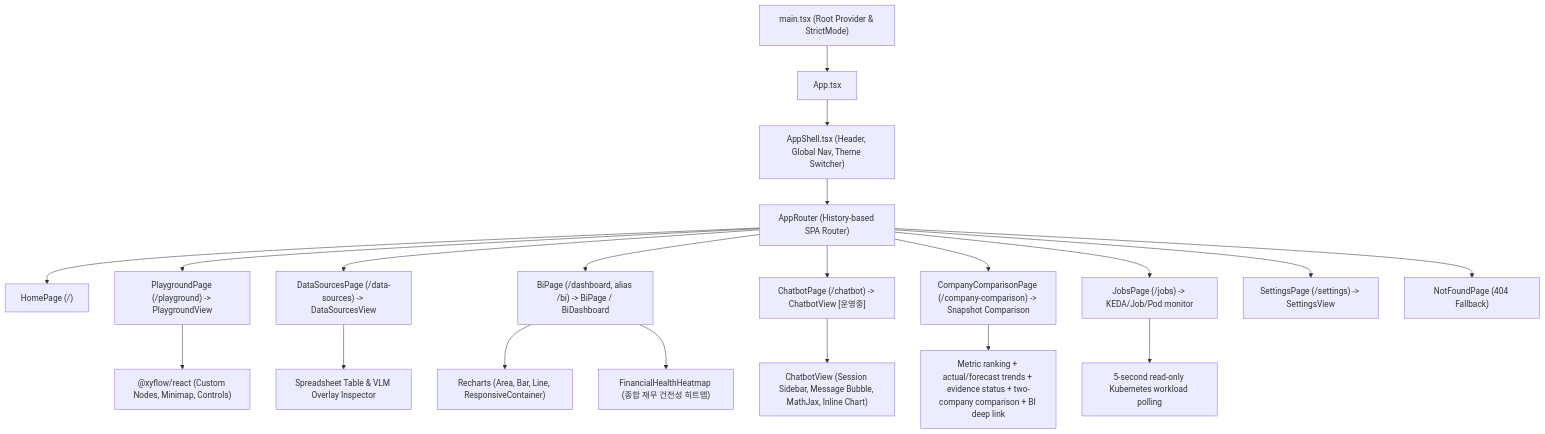
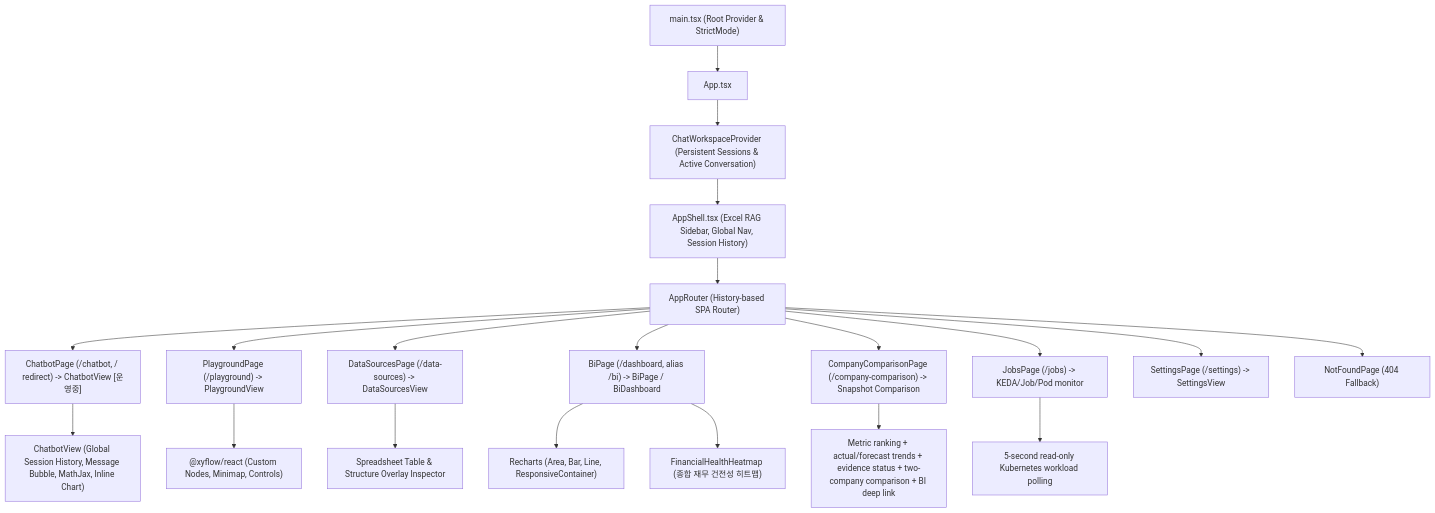
Before and after one commit to bist-mini-final/bist-mini-final: the diagram in docs/blueprints/06_frontend_blueprints/BP-601_frontend_component_wiring.md, drawn with Mermaid. The commit also changed other lines of this file and 10 other files, not shown here.

````diff
--- a/docs/blueprints/06_frontend_blueprints/BP-601_frontend_component_wiring.md
+++ b/docs/blueprints/06_frontend_blueprints/BP-601_frontend_component_wiring.md
@@ -9,25 +9,25 @@
 ```mermaid
 graph TD
     ROOT["main.tsx (Root Provider & StrictMode)"] --> APP["App.tsx"]
-    APP --> SHELL["AppShell.tsx (Header, Global Nav, Theme Switcher)"]
+    APP --> CHAT_STATE["ChatWorkspaceProvider (Persistent Sessions & Active Conversation)"]
+    CHAT_STATE --> SHELL["AppShell.tsx (Excel RAG Sidebar, Global Nav, Session History)"]
     
     SHELL --> ROUTER["AppRouter (History-based SPA Router)"]
     
-    ROUTER --> P_HOME["HomePage (/)"]
+    ROUTER --> P_CHAT["ChatbotPage (/chatbot, / redirect) -> ChatbotView [운영중]"]
     ROUTER --> P_PLAY["PlaygroundPage (/playground) -> PlaygroundView"]
     ROUTER --> P_DS["DataSourcesPage (/data-sources) -> DataSourcesView"]
     ROUTER --> P_BI["BiPage (/dashboard, alias /bi) -> BiPage / BiDashboard"]
-    ROUTER --> P_CHAT["ChatbotPage (/chatbot) -> ChatbotView [운영중]"]
     ROUTER --> P_COMP["CompanyComparisonPage (/company-comparison) -> Snapshot Comparison"]
     ROUTER --> P_JOBS["JobsPage (/jobs) -> KEDA/Job/Pod monitor"]
     ROUTER --> P_SET["SettingsPage (/settings) -> SettingsView"]
     ROUTER --> P_404["NotFoundPage (404 Fallback)"]
 
     P_PLAY --> XYFLOW["@xyflow/react (Custom Nodes, Minimap, Controls)"]
-    P_DS --> GRID_VIEW["Spreadsheet Table & VLM Overlay Inspector"]
+    P_DS --> GRID_VIEW["Spreadsheet Table & Structure Overlay Inspector"]
     P_BI --> RECHARTS["Recharts (Area, Bar, Line, ResponsiveContainer)"]
     P_BI --> HEATMAP["FinancialHealthHeatmap (종합 재무 건전성 히트맵)"]
-    P_CHAT --> CHAT_VIEW["ChatbotView (Session Sidebar, Message Bubble, MathJax, Inline Chart)"]
+    P_CHAT --> CHAT_VIEW["ChatbotView (Global Session History, Message Bubble, MathJax, Inline Chart)"]
     P_COMP --> LEAGUE_VIEW["Metric ranking + actual/forecast trends + evidence status + two-company comparison + BI deep link"]
     P_JOBS --> JOB_MONITOR["5-second read-only Kubernetes workload polling"]
 ```
````
